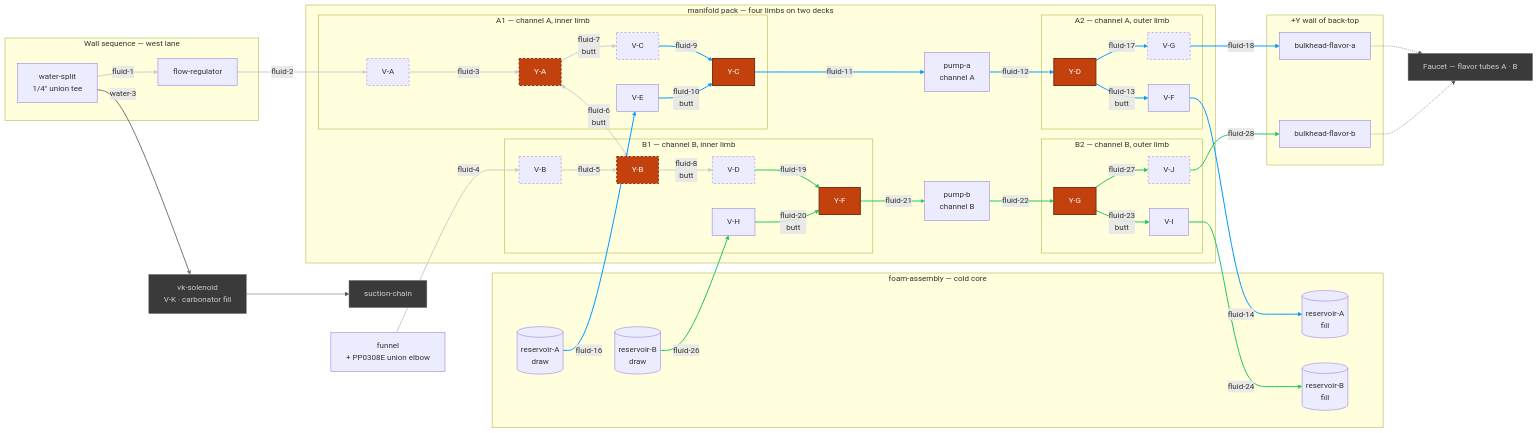
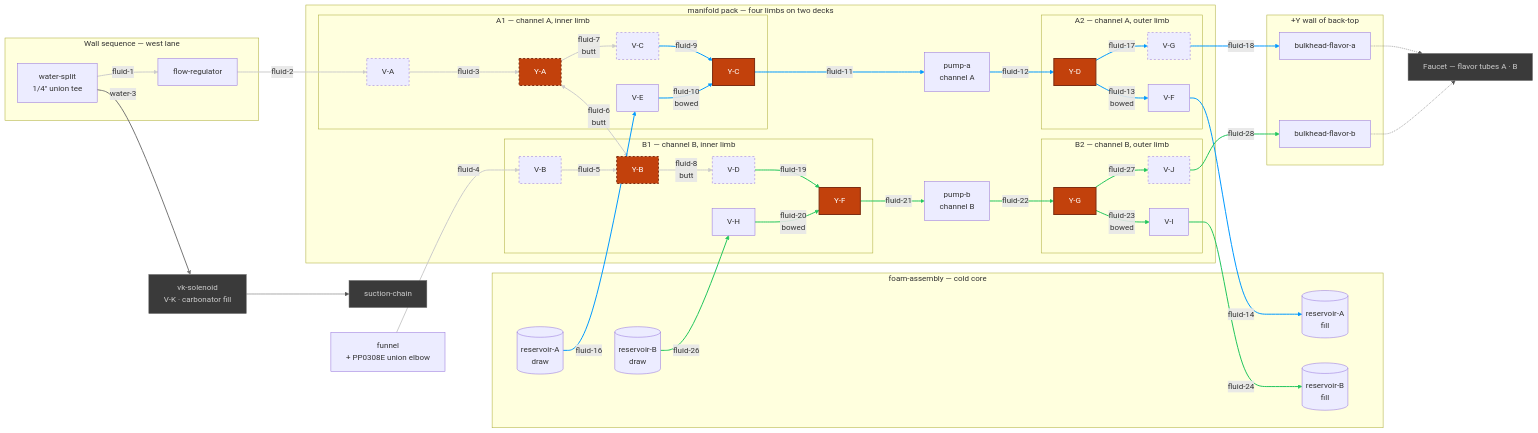
The diagram in hardware/topology/fluid-topology-manifold.mmd (derekbreden/homesodamachine), drawn with Mermaid before and after one commit. The commit also changed 60 other files, not shown here.

```diff
--- a/hardware/topology/fluid-topology-manifold.mmd
+++ b/hardware/topology/fluid-topology-manifold.mmd
@@ -16,11 +16,11 @@
   %% made, and the total under them. The aggregates below are `%%` markers, which the renderer
   %% never reaches.
 
-  %% [26](SEGMENT_COUNT) flavor segments. [7](BUTT_COUNT) are collet butted to collet and carry
+  %% [26](SEGMENT_COUNT) flavor segments. [3](BUTT_COUNT) are collet butted to collet and carry
   %% no tube at all; [9](DRAWN_COUNT) are swept runs between placed bodies; the rest are the
   %% hinge's four hairpins and the source pair's two quarter-and-step turns. What is cut comes to
-  %% [2357.8 mm](FLUID_TOTAL) of 1/4" LLDPE over [50](FLUID_BENDS) corners, and the longest is
-  %% [fluid-18](LONGEST_ID) at [443.9 mm](LONGEST_LEN). [0](OPEN_COUNT) are mouths with nothing
+  %% [2375.5 mm](FLUID_TOTAL) of 1/4" LLDPE over [50](FLUID_BENDS) corners, and the longest is
+  %% [fluid-18](LONGEST_ID) at [440.7 mm](LONGEST_LEN). [0](OPEN_COUNT) are mouths with nothing
   %% on the far end of them: EVERY FLAVOR SEGMENT IN THIS CHART IS MADE. The funnel's gravity
   %% drain is drawn like the rest — the funnel is seated in the box rather than placed in the
   %% pack, so `fluid-4` is authored after the box exists, off the same frames.
@@ -140,10 +140,10 @@
   %% fluid-17 are the two hairpins that cross the hinge: a quarter of R14, 31.4 mm of straight,
   %% and a quarter back. Everything else along the limbs is butted.
   VC -->|"fluid-9"| YC
-  VE -->|"fluid-10<br/>butt"| YC
+  VE -->|"fluid-10<br/>bowed"| YC
   YC -->|"fluid-11"| PA
   PA -->|"fluid-12"| YD
-  YD -->|"fluid-13<br/>butt"| VF
+  YD -->|"fluid-13<br/>bowed"| VF
   VF -->|"fluid-14"| ResAFill
   ResA -->|"fluid-16"| VE
   YD -->|"fluid-17"| VG
@@ -156,10 +156,10 @@
   %% fluid-27 are its two hairpins, and V-I-O and V-H-I — the reservoir's fill gate and its draw
   %% gate — leave on their own axes off the lower deck, as channel A's V-F-O and V-E-I do.
   VD -->|"fluid-19"| YF
-  VH -->|"fluid-20<br/>butt"| YF
+  VH -->|"fluid-20<br/>bowed"| YF
   YF -->|"fluid-21"| PB
   PB -->|"fluid-22"| YG
-  YG -->|"fluid-23<br/>butt"| VI
+  YG -->|"fluid-23<br/>bowed"| VI
   VI -->|"fluid-24"| ResBFill
   ResB -->|"fluid-26"| VH
   YG -->|"fluid-27"| VJ
```
